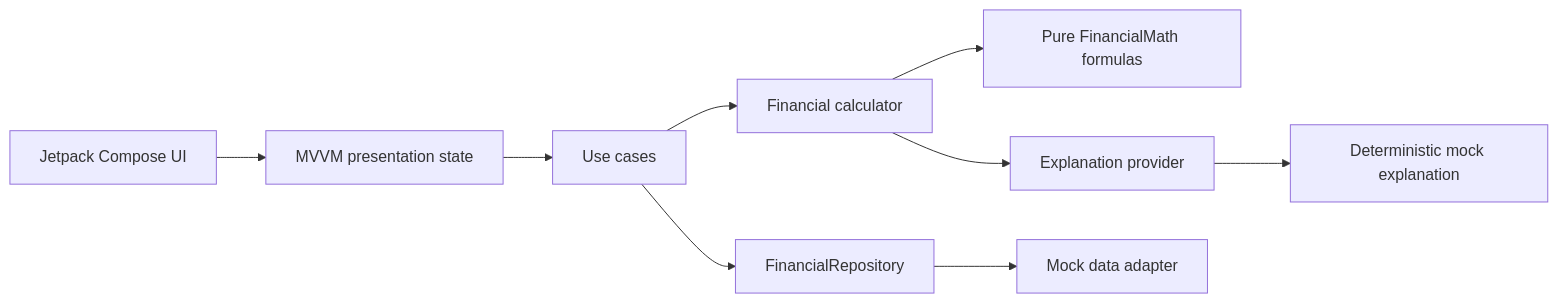
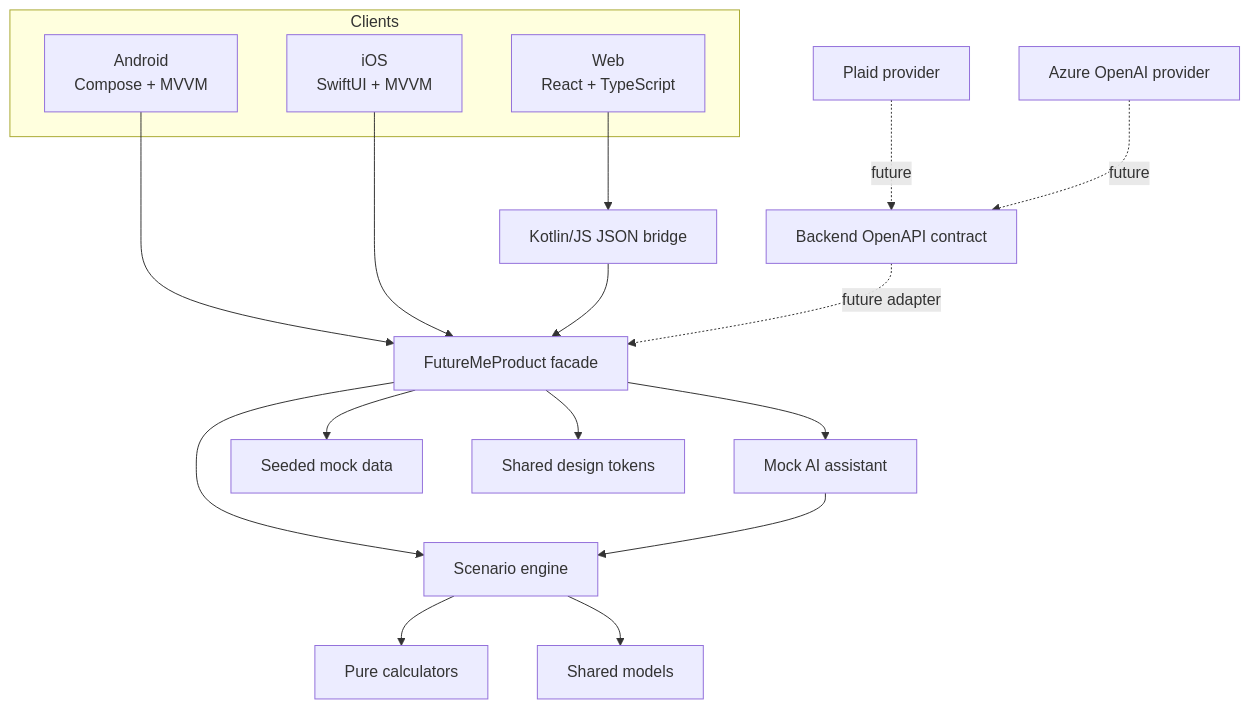
The diagram in README.md (sagrawal2418/futureme-financial-ai), drawn with Mermaid before and after one commit. The commit also changed other lines of this file and 95 other files, not shown here.

Commit message:
feat: evolve FutureMe into a multiplatform product

````diff
--- a/README.md
+++ b/README.md
@@ -45,11 +42,24 @@
 ```mermaid
-flowchart LR
-    UI["Jetpack Compose UI"] --> VM["MVVM presentation state"]
-    VM --> UC["Use cases"]
-    UC --> CALC["Financial calculator"]
-    UC --> REPO["FinancialRepository"]
-    CALC --> MATH["Pure FinancialMath formulas"]
-    CALC --> EXPLAIN["Explanation provider"]
-    REPO --> MOCK["Mock data adapter"]
-    EXPLAIN --> MOCKAI["Deterministic mock explanation"]
+flowchart TB
+    subgraph Clients
+        ANDROID["Android<br/>Compose + MVVM"]
+        IOS["iOS<br/>SwiftUI + MVVM"]
+        WEB["Web<br/>React + TypeScript"]
+    end
+
+    ANDROID --> PRODUCT["FutureMeProduct facade"]
+    IOS --> PRODUCT
+    WEB --> BRIDGE["Kotlin/JS JSON bridge"] --> PRODUCT
+
+    PRODUCT --> ENGINE["Scenario engine"]
+    PRODUCT --> ASSISTANT["Mock AI assistant"]
+    ENGINE --> CALC["Pure calculators"]
+    ENGINE --> MODELS["Shared models"]
+    ASSISTANT --> ENGINE
+    PRODUCT --> MOCK["Seeded mock data"]
+    PRODUCT --> TOKENS["Shared design tokens"]
+
+    API["Backend OpenAPI contract"] -. future adapter .-> PRODUCT
+    PLAID["Plaid provider"] -. future .-> API
+    AZURE["Azure OpenAI provider"] -. future .-> API
 ```
````
